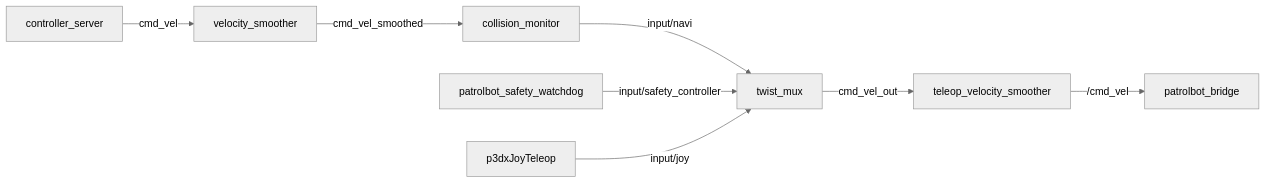
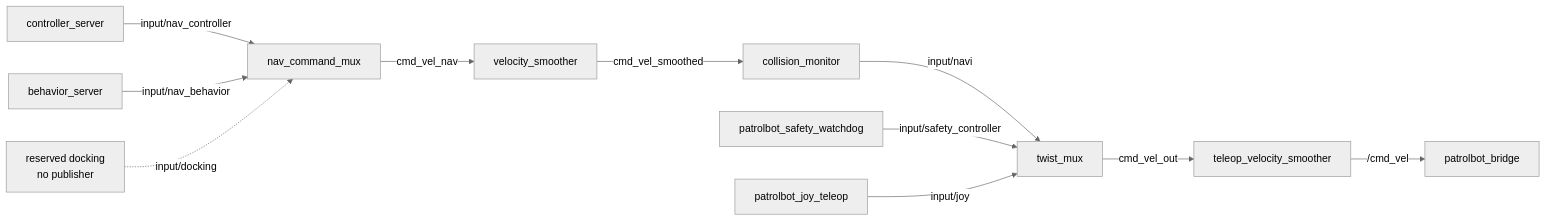
The diagram in docs/ros2/topics.md (cmu-impactlab/patrolbot), drawn with Mermaid (neutral theme) before and after one commit. The commit also changed other lines of this file and 38 other files, not shown here.

````diff
--- a/docs/ros2/topics.md
+++ b/docs/ros2/topics.md
@@ -48,10 +50,13 @@
 ```mermaid
 flowchart LR
-    A["controller_server"] -->|cmd_vel| B["velocity_smoother"]
+    A["controller_server"] -->|input/nav_controller| N["nav_command_mux"]
+    H["behavior_server"] -->|input/nav_behavior| N
+    R["reserved docking\nno publisher"] -.->|input/docking| N
+    N -->|cmd_vel_nav| B["velocity_smoother"]
     B -->|cmd_vel_smoothed| C["collision_monitor"]
     C -->|input/navi| D["twist_mux"]
     S["patrolbot_safety_watchdog"] -->|input/safety_controller| D
-    J["p3dxJoyTeleop"] -->|input/joy| D
+    J["patrolbot_joy_teleop"] -->|input/joy| D
     D -->|cmd_vel_out| E["teleop_velocity_smoother"]
     E -->|/cmd_vel| F["patrolbot_bridge"]
 ```
````
